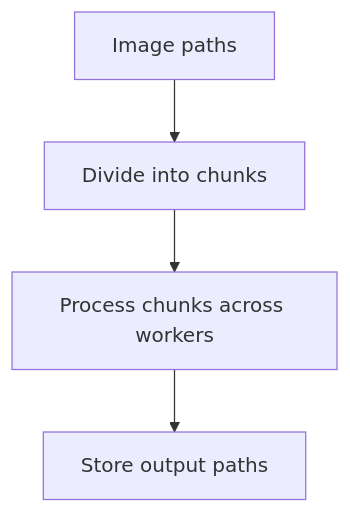
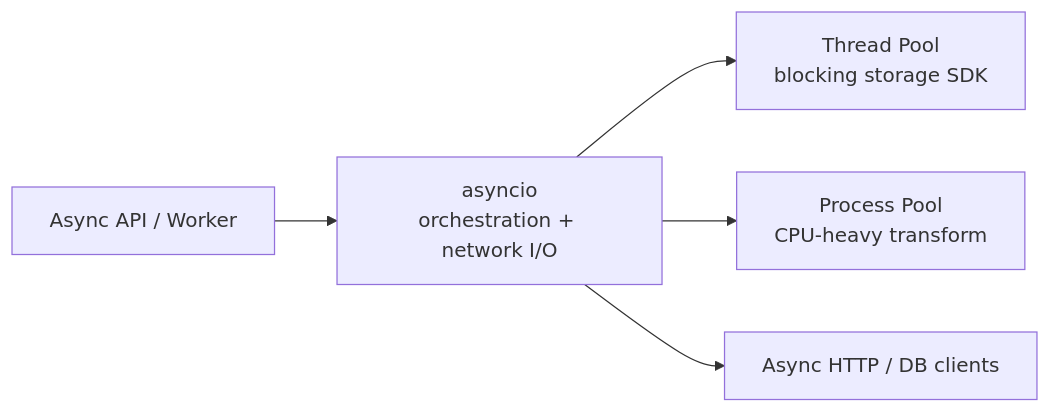
One commit to AvadhBhalodiya/Interview-Preparation changed the sixth of 7 diagrams in src/content/python/threading-multiprocessing-asyncio.md. Above: the diagram before and after it, drawn with Mermaid. The commit also changed other lines of this file and 80 other files, not shown here.

````diff
--- a/src/content/python/threading-multiprocessing-asyncio.md
+++ b/src/content/python/threading-multiprocessing-asyncio.md
@@ -881,6 +315,7 @@
 ```mermaid
-flowchart TD
-    A[Image paths] --> B[Divide into chunks]
-    B --> C[Process chunks across workers]
-    C --> D[Store output paths]
+flowchart LR
+    A[Async API / Worker] --> B[asyncio<br/>orchestration + network I/O]
+    B --> C[Thread Pool<br/>blocking storage SDK]
+    B --> D[Process Pool<br/>CPU-heavy transform]
+    B --> E[Async HTTP / DB clients]
 ```
````
